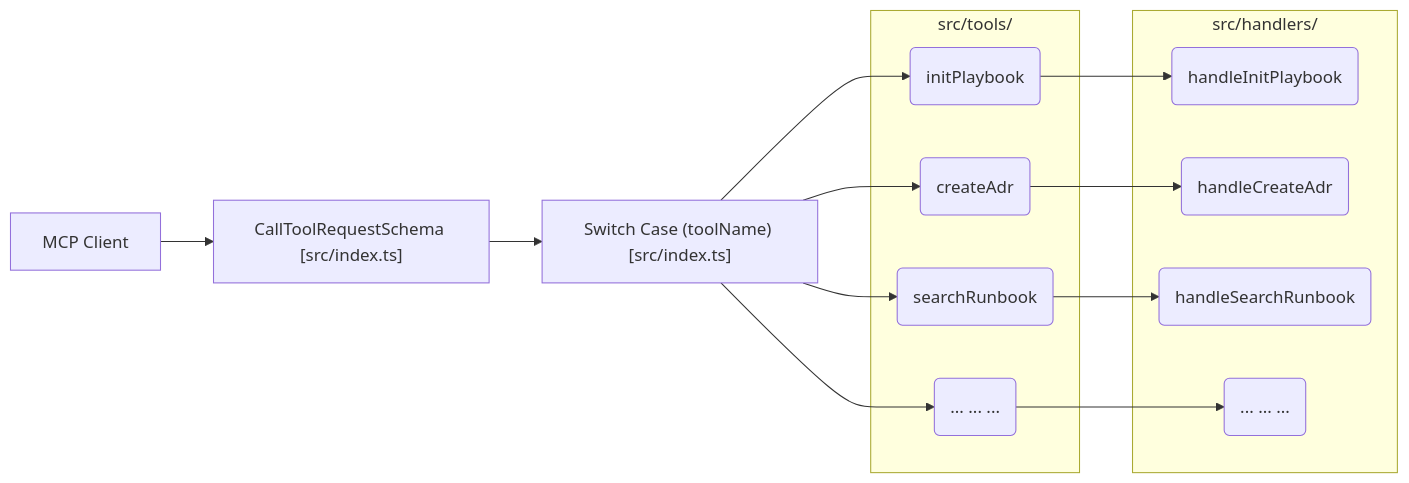
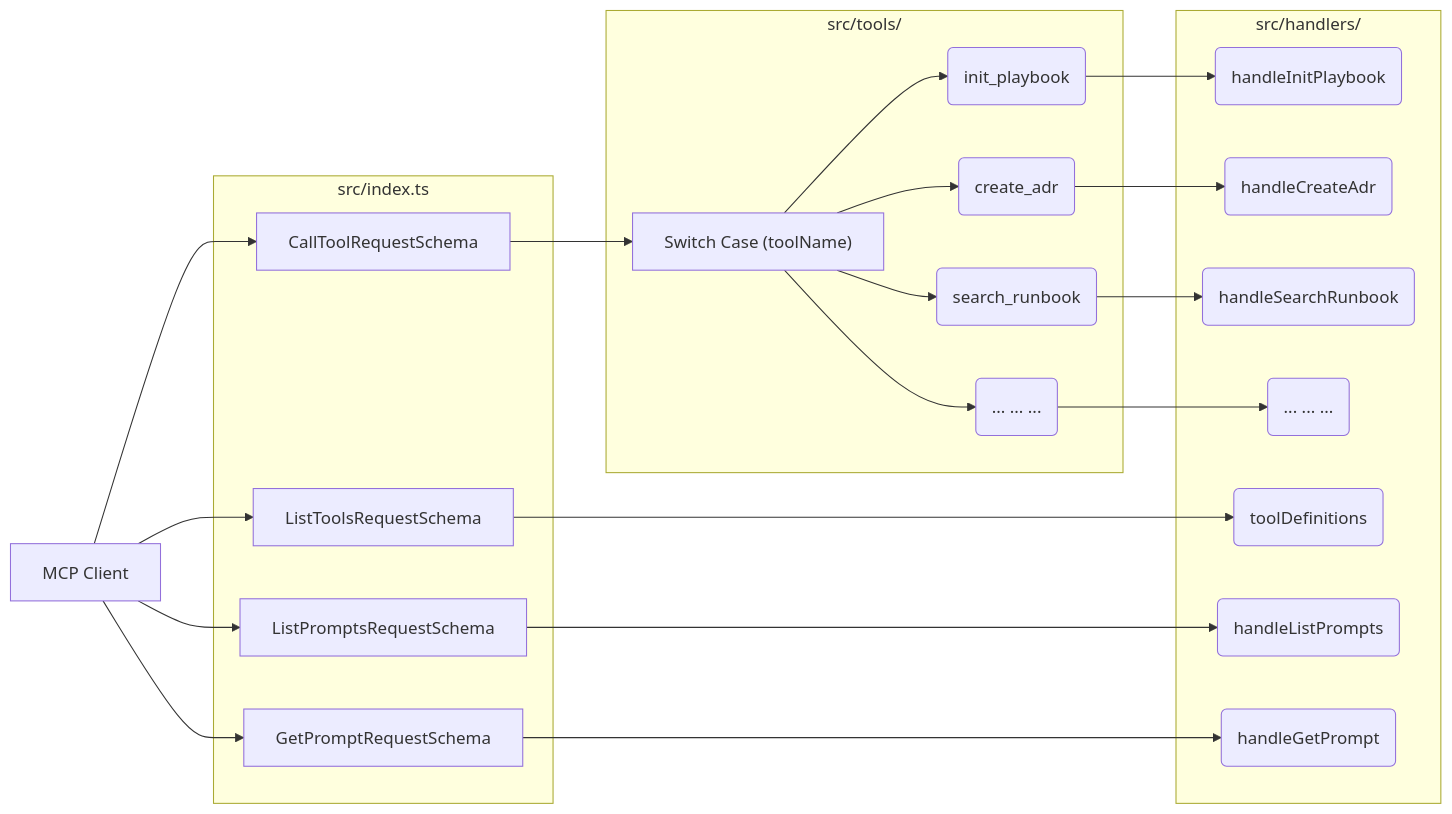
Before and after one commit to inloopstudio-team/mcp-playbook: the first of 2 diagrams in README.md, drawn with Mermaid.

Commit message:
docs: update the diagram to include all of our current req handlers

````diff
--- a/README.md
+++ b/README.md
@@ -45,29 +45,42 @@
 ```mermaid
 graph LR
-    A[MCP Client] --> B["CallToolRequestSchema [src/index.ts]"];
-    B --> C["Switch Case (toolName) [src/index.ts]"];
+    A[MCP Client] --> B["CallToolRequestSchema"];
+    A --> E["ListToolsRequestSchema"];
+    A --> F["ListPromptsRequestSchema"];
+    A --> G["GetPromptRequestSchema"];
+
+    subgraph src/index.ts
+        B
+        E
+        F
+        G
+    end
+
+    B --> C["Switch Case (toolName)"];
 
     subgraph src/tools/
-        C1
-        C2
-        C3
-        C4
+        C --> C1("init_playbook");
+        C --> C2("create_adr");
+        C --> C3("search_runbook");
+        C --> C4("... ... ...");
     end
+
+    C1 --> D1("handleInitPlaybook");
+    C2 --> D2("handleCreateAdr");
+    C3 --> D3("handleSearchRunbook");
+    C4 --> D4("... ... ...");
+
+    E --> D12("toolDefinitions");
+    F --> D13("handleListPrompts");
+    G --> D14("handleGetPrompt");
 
     subgraph src/handlers/
         D1
         D2
         D3
         D4
+        D12
+        D13
+        D14
     end
-
-    C --> C1("initPlaybook");
-    C --> C2("createAdr");
-    C --> C3("searchRunbook");
-    C --> C4("... ... ...");
-
-    C1 --> D1("handleInitPlaybook");
-    C2 --> D2("handleCreateAdr");
-    C3 --> D3("handleSearchRunbook");
-    C4 --> D4("... ... ...");
 ```
````
